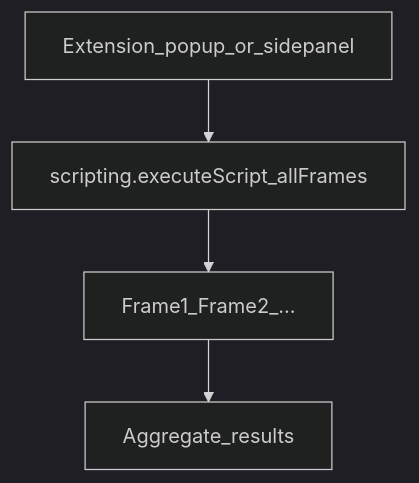
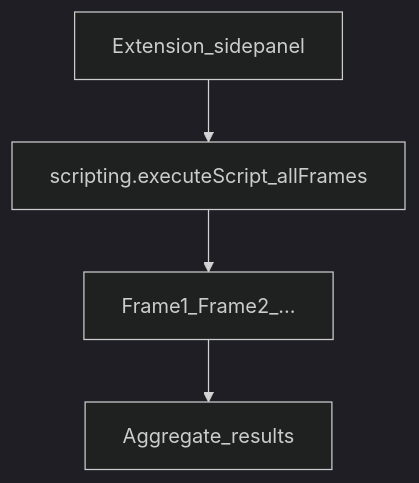
The second of 2 diagrams in docs/chrome-extension-pdf-reading-api.md (Gypsophila-ui/Impulse), drawn with Mermaid (dark theme) before and after one commit. The commit also changed other lines of this file and 7 other files, not shown here.

````diff
--- a/docs/chrome-extension-pdf-reading-api.md
+++ b/docs/chrome-extension-pdf-reading-api.md
@@ -104,10 +104,10 @@
 ```mermaid
 flowchart TD
-  ext[Extension_popup_or_sidepanel]
+  ext[Extension_sidepanel]
   exec[scripting.executeScript_allFrames]
   frames[Frame1_Frame2_...]
   agg[Aggregate_results]
   ext --> exec
   exec --> frames
   frames --> agg
 ```
````
